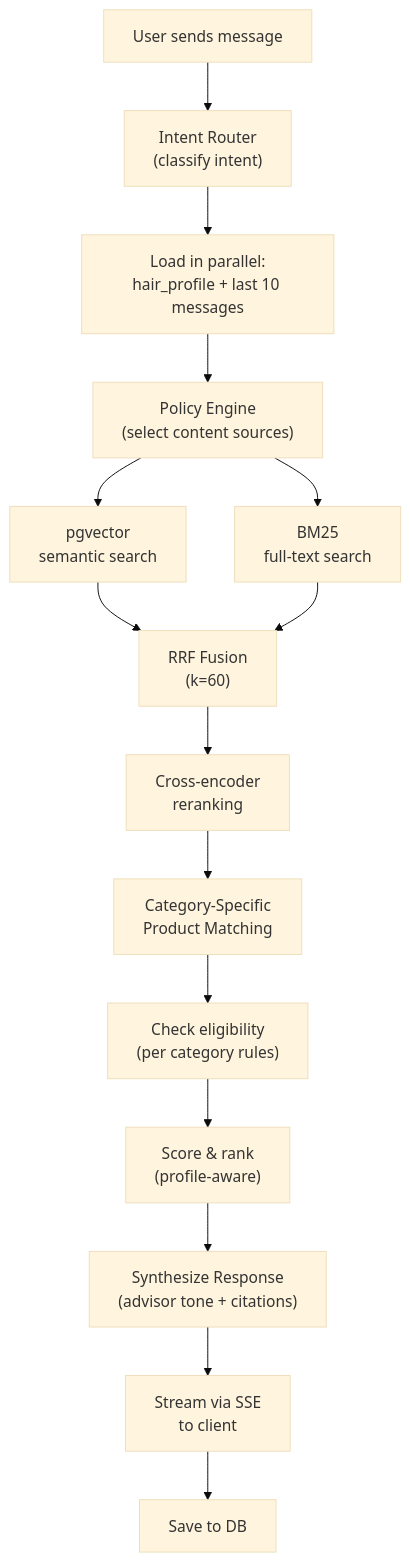
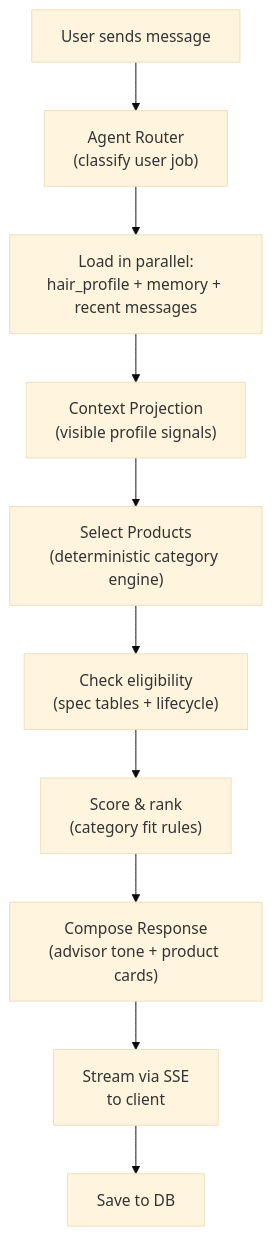
The third of 4 diagrams in OVERVIEW.md (NickRuppy/hair_concierge), drawn with Mermaid (base theme) before and after one commit. The commit also changed other lines of this file and 13 other files, not shown here.

````diff
--- a/OVERVIEW.md
+++ b/OVERVIEW.md
@@ -153,21 +150,15 @@
 ```mermaid
 flowchart TD
-    Msg["User sends message"] --> Intent["Intent Router<br/>(classify intent)"]
+    Msg["User sends message"] --> Route["Agent Router<br/>(classify user job)"]
 
-    Intent --> Load["Load in parallel:<br/>hair_profile + last 10 messages"]
-    Load --> Route["Policy Engine<br/>(select content sources)"]
+    Route --> Load["Load in parallel:<br/>hair_profile + memory + recent messages"]
+    Load --> Projection["Context Projection<br/>(visible profile signals)"]
 
-    Route --> Dense["pgvector<br/>semantic search"]
-    Route --> Lexical["BM25<br/>full-text search"]
-    Dense --> RRF["RRF Fusion<br/>(k=60)"]
-    Lexical --> RRF
-    RRF --> Rerank["Cross-encoder<br/>reranking"]
+    Projection --> Select["Select Products<br/>(deterministic category engine)"]
+    Select --> Eligibility["Check eligibility<br/>(spec tables + lifecycle)"]
+    Eligibility --> Score["Score & rank<br/>(category fit rules)"]
 
-    Rerank --> Match["Category-Specific<br/>Product Matching"]
-    Match --> Eligibility["Check eligibility<br/>(per category rules)"]
-    Eligibility --> Score["Score & rank<br/>(profile-aware)"]
-
-    Score --> Synth["Synthesize Response<br/>(advisor tone + citations)"]
+    Score --> Synth["Compose Response<br/>(advisor tone + product cards)"]
     Synth --> Stream["Stream via SSE<br/>to client"]
     Stream --> Save["Save to DB"]
 ```
````
